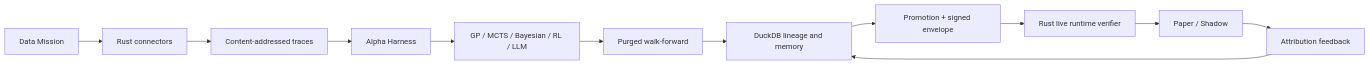
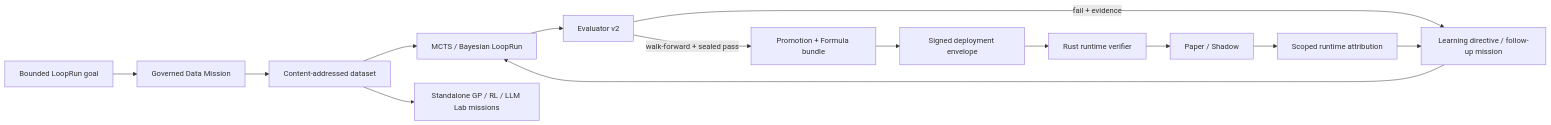
One commit to proerror77/monday changed the diagram in README.md. Above: the diagram before and after it, drawn with Mermaid. The commit also changed other lines of this file and 62 other files, not shown here.

````diff
--- a/README.md
+++ b/README.md
@@ -21,14 +42,16 @@
 ```mermaid
 flowchart LR
-    S["Data Mission"] --> C["Rust connectors"]
-    C --> A["Content-addressed traces"]
-    A --> H["Alpha Harness"]
-    H --> E["GP / MCTS / Bayesian / RL / LLM"]
-    E --> V["Purged walk-forward"]
-    V --> D["DuckDB lineage and memory"]
-    D --> P["Promotion + signed envelope"]
-    P --> R["Rust live runtime verifier"]
+    G["Bounded LoopRun goal"] --> D["Governed Data Mission"]
+    D --> C["Content-addressed dataset"]
+    C --> S["MCTS / Bayesian LoopRun"]
+    C --> Q["Standalone GP / RL / LLM Lab missions"]
+    S --> E["Evaluator v2"]
+    E -->|"fail + evidence"| L["Learning directive / follow-up mission"]
+    L --> S
+    E -->|"walk-forward + sealed pass"| P["Promotion + Formula bundle"]
+    P --> H["Signed deployment envelope"]
+    H --> R["Rust runtime verifier"]
     R --> X["Paper / Shadow"]
-    X --> F["Attribution feedback"]
-    F --> D
+    X --> A["Scoped runtime attribution"]
+    A --> L
 ```
````
